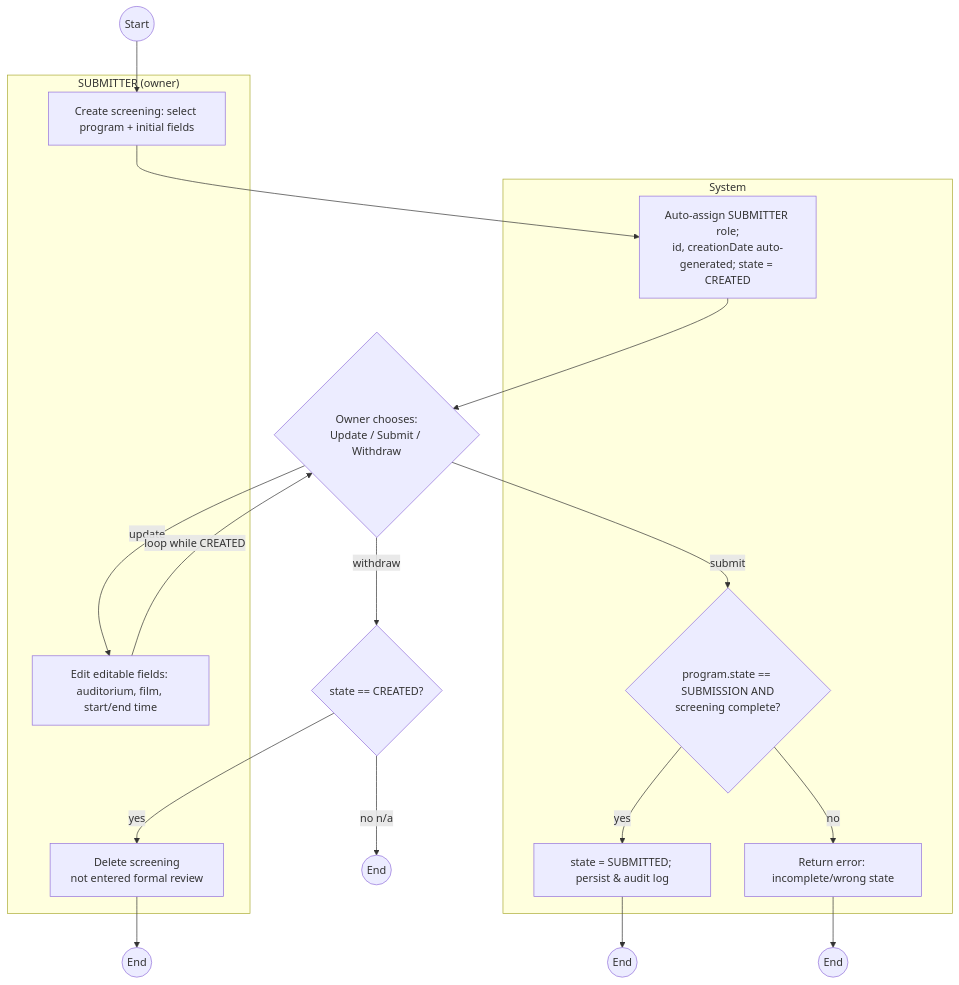
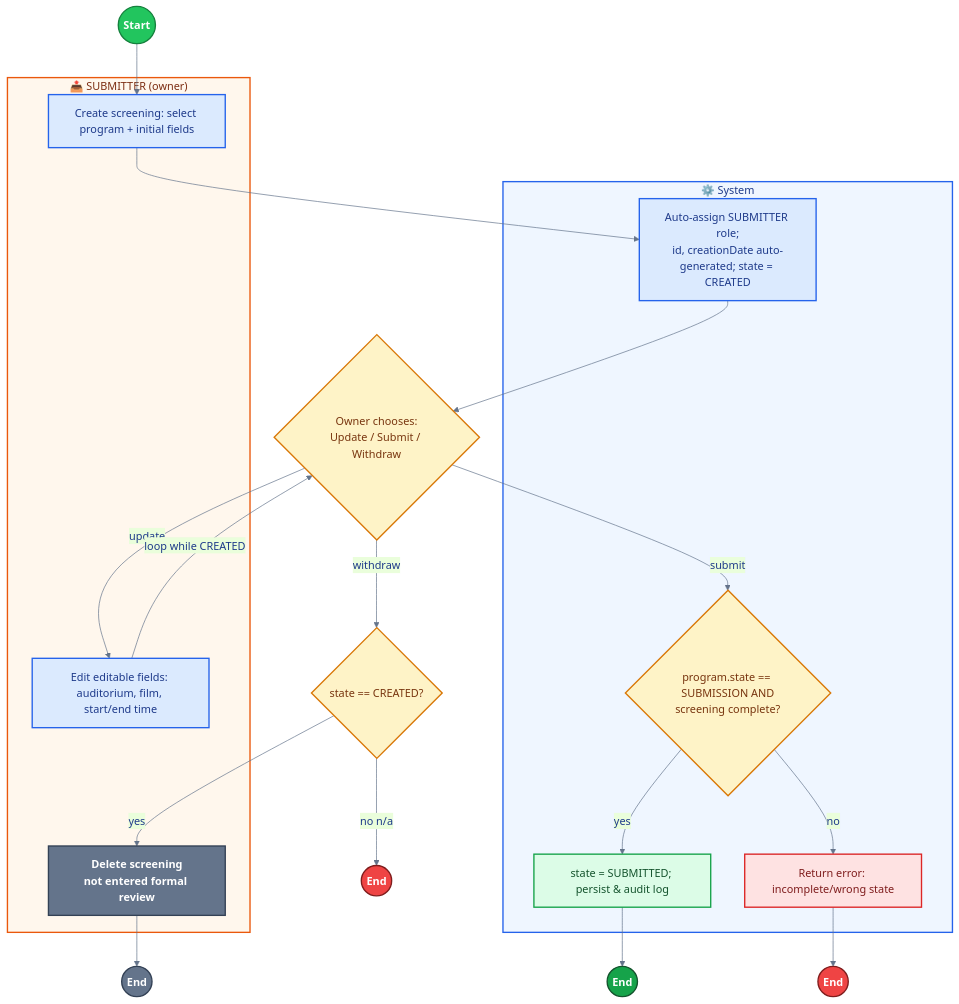
Before and after one commit to Volanakis/SoftwareEngineering101: the diagram in diagrams/07-activity-screening-submission.md, drawn with Mermaid.

Commit message:
Enhance activity diagram with improved subgraph labels and styling for better visual representation

````diff
--- a/diagrams/07-activity-screening-submission.md
+++ b/diagrams/07-activity-screening-submission.md
@@ -5,23 +5,45 @@
 ```mermaid
+%%{init: {'theme':'base', 'themeVariables': {'fontFamily':'Segoe UI, sans-serif', 'primaryColor':'#dbeafe', 'primaryBorderColor':'#2563eb', 'primaryTextColor':'#1e3a8a', 'lineColor':'#64748b'}}}%%
 flowchart TD
-    subgraph Submitter["SUBMITTER (owner)"]
+    subgraph Submitter["📤 SUBMITTER (owner)"]
         A1[Create screening: select program + initial fields]
         A2[Edit editable fields: auditorium, film, start/end time]
         A5[Delete screening<br/>not entered formal review]
     end
-    subgraph System
+    subgraph System["⚙️ System"]
         A3[Auto-assign SUBMITTER role;<br/>id, creationDate auto-generated; state = CREATED]
         D2{program.state == SUBMISSION AND<br/>screening complete?}
         A6[state = SUBMITTED; persist & audit log]
         E1[Return error: incomplete/wrong state]
     end
 
     Start((Start)) --> A1 --> A3 --> D1{Owner chooses:<br/>Update / Submit / Withdraw}
     D1 -->|"update"| A2 -->|"loop while CREATED"| D1
     D1 -->|"withdraw"| D3{state == CREATED?}
     D3 -->|"yes"| A5 --> End1((End))
     D3 -->|"no n/a"| End2((End))
     D1 -->|"submit"| D2
     D2 -->|"yes"| A6 --> End3((End))
     D2 -->|"no"| E1 --> End4((End))
+
+    classDef startNode fill:#22c55e,stroke:#15803d,stroke-width:2px,color:#ffffff,font-weight:bold
+    classDef successEnd fill:#16a34a,stroke:#14532d,stroke-width:2px,color:#ffffff,font-weight:bold
+    classDef errorEnd fill:#ef4444,stroke:#7f1d1d,stroke-width:2px,color:#ffffff,font-weight:bold
+    classDef neutralEnd fill:#64748b,stroke:#334155,stroke-width:2px,color:#ffffff,font-weight:bold
+    classDef action fill:#dbeafe,stroke:#2563eb,stroke-width:2px,color:#1e3a8a
+    classDef decision fill:#fef3c7,stroke:#d97706,stroke-width:2px,color:#78350f
+    classDef errorAction fill:#fee2e2,stroke:#dc2626,stroke-width:2px,color:#7f1d1d
+    classDef successAction fill:#dcfce7,stroke:#16a34a,stroke-width:2px,color:#14532d
+    style Submitter fill:#fff7ed,stroke:#ea580c,stroke-width:2px,color:#7c2d12
+    style System fill:#eff6ff,stroke:#2563eb,stroke-width:2px,color:#1e3a8a
+
+    class Start startNode
+    class End3 successEnd
+    class End2,End4 errorEnd
+    class End1 neutralEnd
+    class D1,D2,D3 decision
+    class A1,A2,A3 action
+    class A5 neutralEnd
+    class E1 errorAction
+    class A6 successAction
 ```
````
